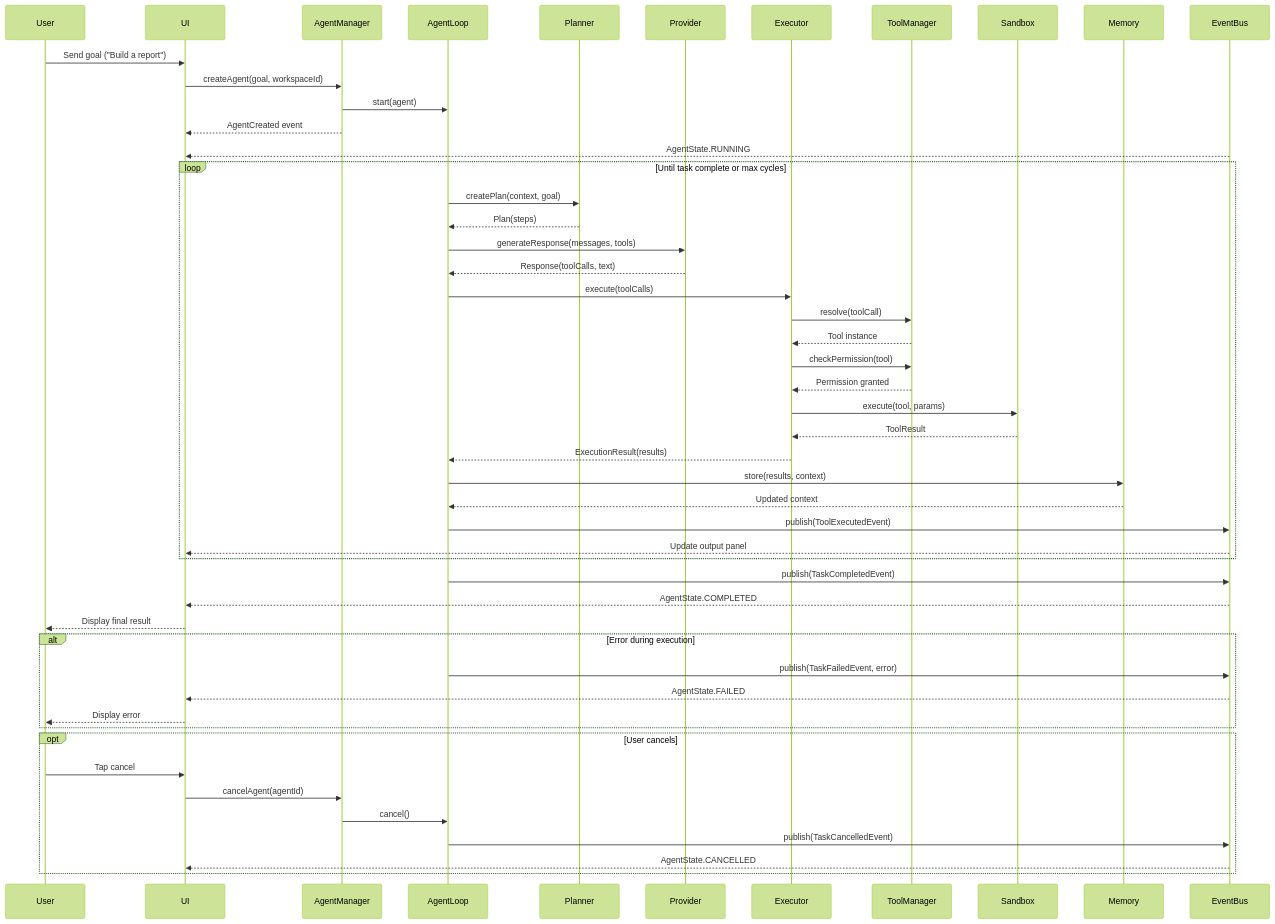
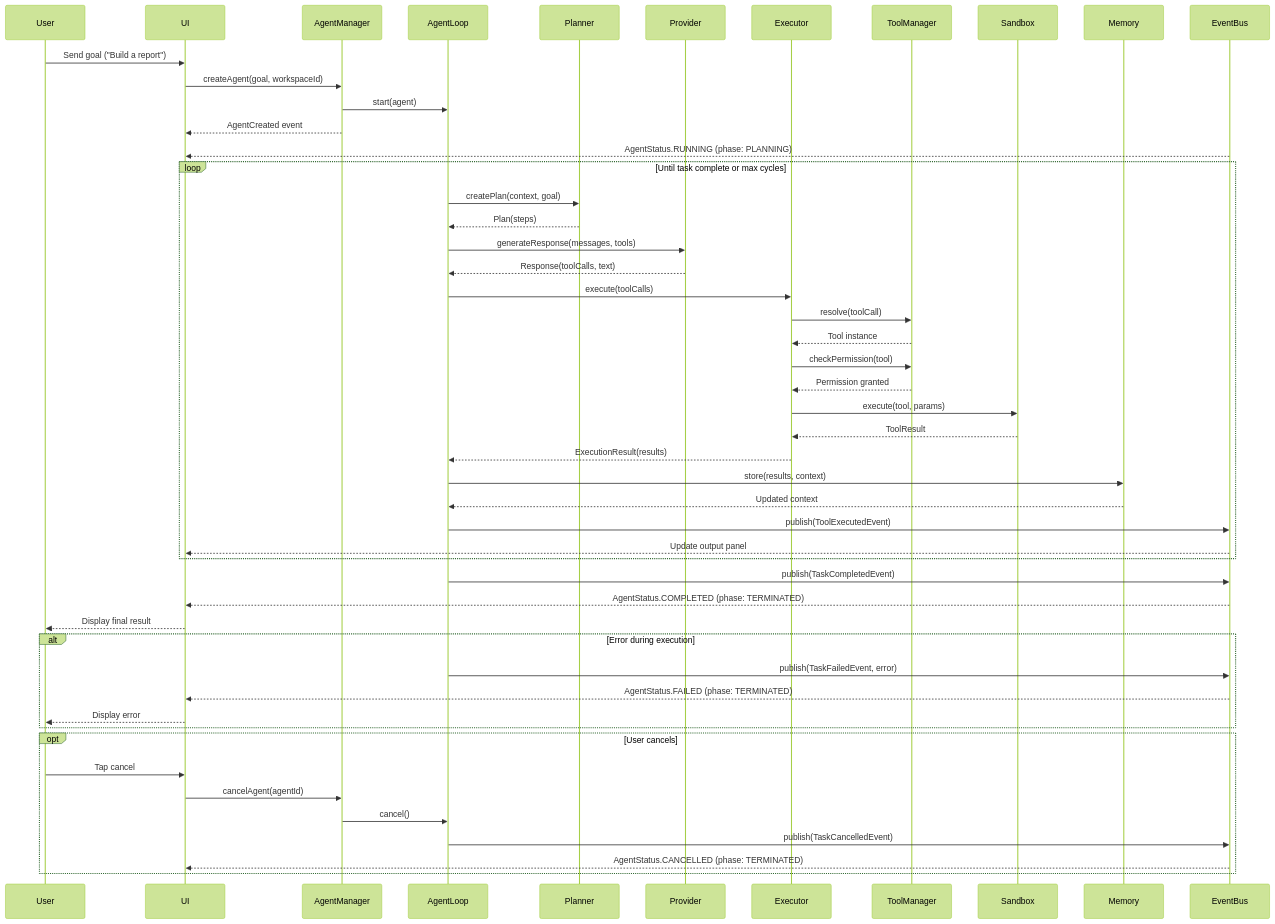
One commit to pavan53732/Nexora changed the diagram in diagrams/Agent-Execution-Flow.md. Above: the diagram before and after it, drawn with Mermaid (forest theme). The commit also changed 4 other files, not shown here.

````diff
--- a/diagrams/Agent-Execution-Flow.md
+++ b/diagrams/Agent-Execution-Flow.md
@@ -19,64 +19,64 @@
 ```mermaid
 sequenceDiagram
     participant User
     participant UI
     participant AgentManager
     participant AgentLoop
     participant Planner
     participant Provider
     participant Executor
     participant ToolManager
     participant Sandbox
     participant Memory
     participant EventBus
 
     User->>UI: Send goal ("Build a report")
     UI->>AgentManager: createAgent(goal, workspaceId)
     AgentManager->>AgentLoop: start(agent)
     AgentManager-->>UI: AgentCreated event
-    EventBus-->>UI: AgentState.RUNNING
+    EventBus-->>UI: AgentStatus.RUNNING (phase: PLANNING)
 
     loop Until task complete or max cycles
         AgentLoop->>Planner: createPlan(context, goal)
         Planner-->>AgentLoop: Plan(steps)
 
         AgentLoop->>Provider: generateResponse(messages, tools)
         Provider-->>AgentLoop: Response(toolCalls, text)
 
         AgentLoop->>Executor: execute(toolCalls)
         Executor->>ToolManager: resolve(toolCall)
         ToolManager-->>Executor: Tool instance
 
         Executor->>ToolManager: checkPermission(tool)
         ToolManager-->>Executor: Permission granted
 
         Executor->>Sandbox: execute(tool, params)
         Sandbox-->>Executor: ToolResult
 
         Executor-->>AgentLoop: ExecutionResult(results)
 
         AgentLoop->>Memory: store(results, context)
         Memory-->>AgentLoop: Updated context
 
         AgentLoop->>EventBus: publish(ToolExecutedEvent)
         EventBus-->>UI: Update output panel
     end
 
     AgentLoop->>EventBus: publish(TaskCompletedEvent)
-    EventBus-->>UI: AgentState.COMPLETED
+    EventBus-->>UI: AgentStatus.COMPLETED (phase: TERMINATED)
     UI-->>User: Display final result
 
     alt Error during execution
         AgentLoop->>EventBus: publish(TaskFailedEvent, error)
-        EventBus-->>UI: AgentState.FAILED
+        EventBus-->>UI: AgentStatus.FAILED (phase: TERMINATED)
         UI-->>User: Display error
     end
 
     opt User cancels
         User->>UI: Tap cancel
         UI->>AgentManager: cancelAgent(agentId)
         AgentManager->>AgentLoop: cancel()
         AgentLoop->>EventBus: publish(TaskCancelledEvent)
-        EventBus-->>UI: AgentState.CANCELLED
+        EventBus-->>UI: AgentStatus.CANCELLED (phase: TERMINATED)
     end
 ```
````
